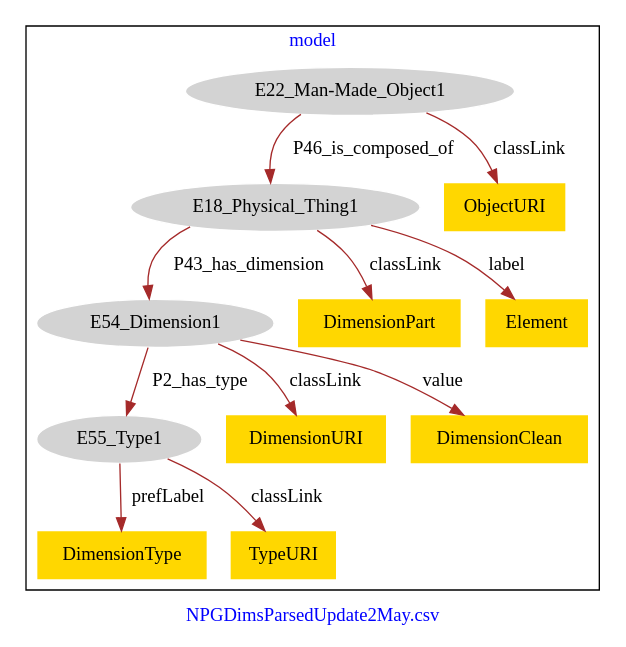
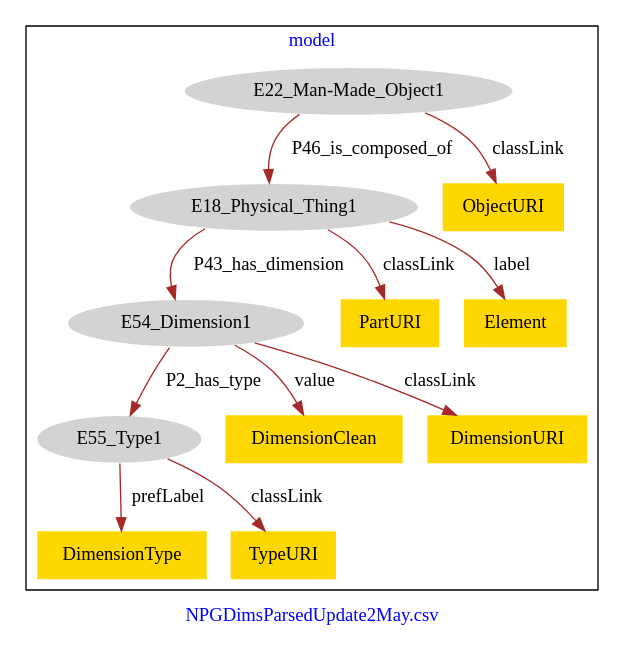
One commit to american-art/npg changed the diagram in NPGDimsParsed/NPGDimsParsedUpdate2May-model.dot. Above: the diagram before and after it, drawn with Graphviz.

Commit message:
Update file NPGDimsParsedUpdate2May-model.dot

```diff
--- a/NPGDimsParsed/NPGDimsParsedUpdate2May-model.dot
+++ b/NPGDimsParsed/NPGDimsParsedUpdate2May-model.dot
@@ -1,29 +1,29 @@
 digraph n0 {
 fontcolor="blue"
 remincross="true"
 label="NPGDimsParsedUpdate2May.csv"
 subgraph cluster {
 label="model"
 n2[style="filled",color="white",fillcolor="lightgray",label="E18_Physical_Thing1"];
 n3[style="filled",color="white",fillcolor="lightgray",label="E54_Dimension1"];
 n4[style="filled",color="white",fillcolor="lightgray",label="E22_Man-Made_Object1"];
 n5[style="filled",color="white",fillcolor="lightgray",label="E55_Type1"];
 n6[shape="plaintext",style="filled",fillcolor="gold",label="DimensionType"];
-n7[shape="plaintext",style="filled",fillcolor="gold",label="DimensionURI"];
-n8[shape="plaintext",style="filled",fillcolor="gold",label="TypeURI"];
-n9[shape="plaintext",style="filled",fillcolor="gold",label="DimensionClean"];
-n10[shape="plaintext",style="filled",fillcolor="gold",label="ObjectURI"];
-n11[shape="plaintext",style="filled",fillcolor="gold",label="DimensionPart"];
-n12[shape="plaintext",style="filled",fillcolor="gold",label="Element"];
+n7[shape="plaintext",style="filled",fillcolor="gold",label="PartURI"];
+n8[shape="plaintext",style="filled",fillcolor="gold",label="DimensionClean"];
+n9[shape="plaintext",style="filled",fillcolor="gold",label="Element"];
+n10[shape="plaintext",style="filled",fillcolor="gold",label="TypeURI"];
+n11[shape="plaintext",style="filled",fillcolor="gold",label="ObjectURI"];
+n12[shape="plaintext",style="filled",fillcolor="gold",label="DimensionURI"];
 }
 n2 -> n3[color="brown",fontcolor="black",label="P43_has_dimension"]
 n4 -> n2[color="brown",fontcolor="black",label="P46_is_composed_of"]
 n3 -> n5[color="brown",fontcolor="black",label="P2_has_type"]
 n5 -> n6[color="brown",fontcolor="black",label="prefLabel"]
-n3 -> n7[color="brown",fontcolor="black",label="classLink"]
-n5 -> n8[color="brown",fontcolor="black",label="classLink"]
-n3 -> n9[color="brown",fontcolor="black",label="value"]
-n4 -> n10[color="brown",fontcolor="black",label="classLink"]
-n2 -> n11[color="brown",fontcolor="black",label="classLink"]
-n2 -> n12[color="brown",fontcolor="black",label="label"]
+n2 -> n7[color="brown",fontcolor="black",label="classLink"]
+n3 -> n8[color="brown",fontcolor="black",label="value"]
+n2 -> n9[color="brown",fontcolor="black",label="label"]
+n5 -> n10[color="brown",fontcolor="black",label="classLink"]
+n4 -> n11[color="brown",fontcolor="black",label="classLink"]
+n3 -> n12[color="brown",fontcolor="black",label="classLink"]
 }
```
